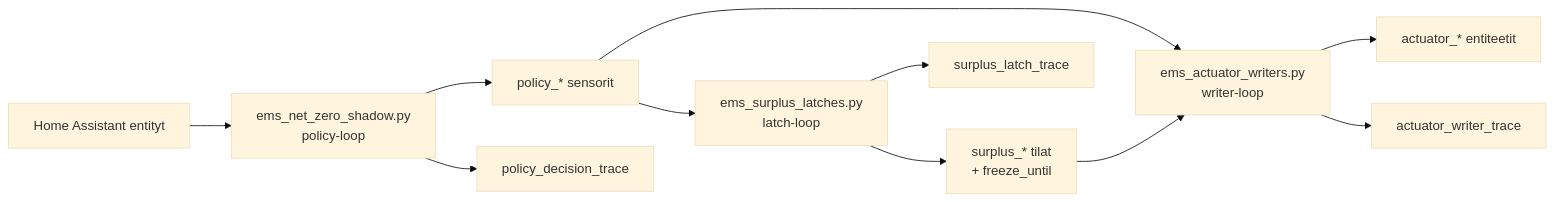
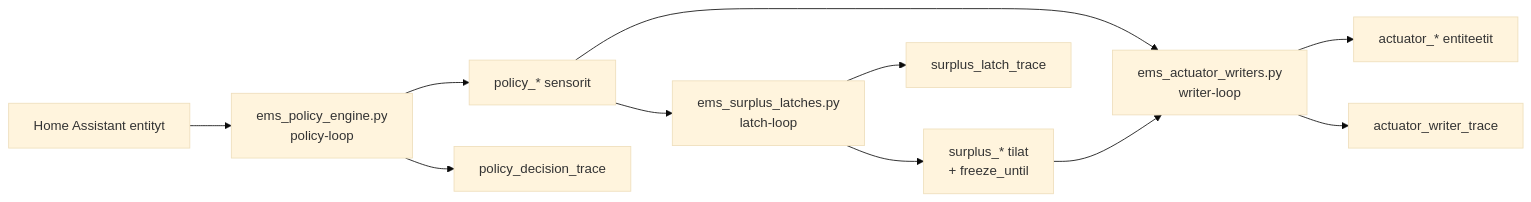
One commit to dbwarrior1975/ha_EMS changed the diagram in arkkitehtuuri.md. Above: the diagram before and after it, drawn with Mermaid (base theme). The commit also changed other lines of this file and 8 other files, not shown here.

````diff
--- a/arkkitehtuuri.md
+++ b/arkkitehtuuri.md
@@ -17,13 +17,13 @@
 ```mermaid
 flowchart LR
-    HA[Home Assistant entityt] --> P[ems_net_zero_shadow.py\npolicy-loop]
+    HA[Home Assistant entityt] --> P[ems_policy_engine.py\npolicy-loop]
     P --> POL[policy_* sensorit]
     POL --> L[ems_surplus_latches.py\nlatch-loop]
     L --> SUR[surplus_* tilat\n+ freeze_until]
     POL --> W[ems_actuator_writers.py\nwriter-loop]
     SUR --> W
     W --> ACT[actuator_* entiteetit]
     P --> TRACE[policy_decision_trace]
     L --> LTRACE[surplus_latch_trace]
     W --> WTRACE[actuator_writer_trace]
 ```
````
